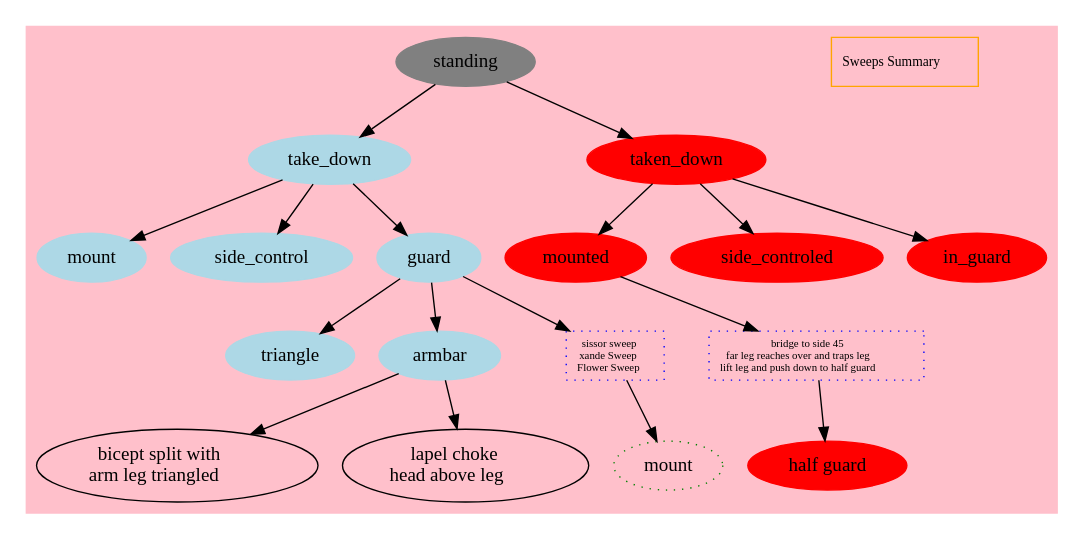
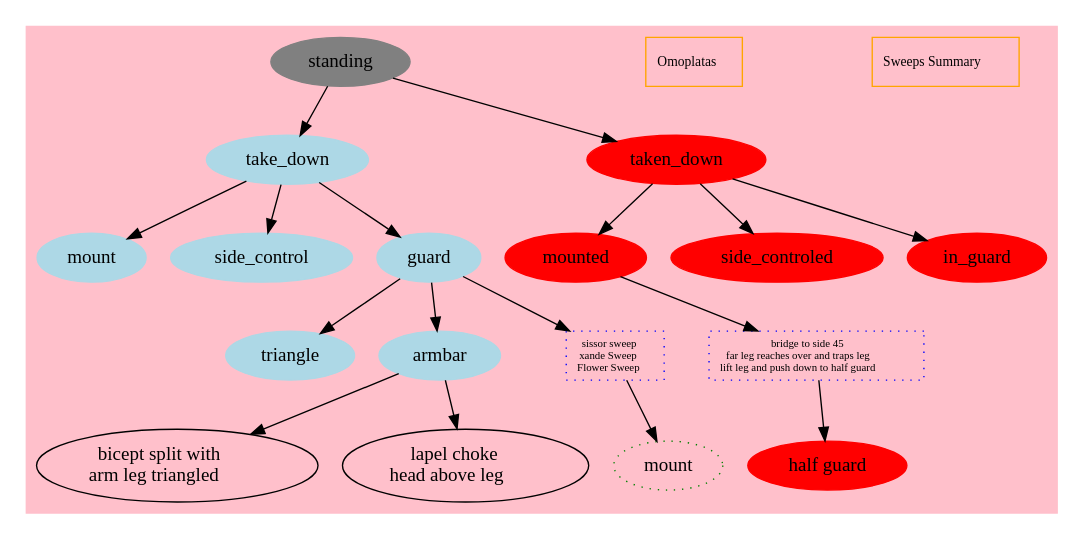
One commit to carltonj2000/jujitsu changed the diagram in jujitsu-moves.dot. Above: the diagram before and after it, drawn with Graphviz. The commit also changed 1 other file, not shown here.

Commit message:
add omoplata

```diff
--- a/jujitsu-moves.dot
+++ b/jujitsu-moves.dot
@@ -1,69 +1,79 @@
 digraph G {
     subgraph cluster0 {
         sweepsummary [
             href="https://www.youtube.com/watch?v=cxc6uoaso7Q", 
             shape=box,
             color=orange,
             fontsize=10, 
             label=< <table border="0" cellspacing="0" cellborder="0" cellpadding="0">
             <tr><td>Sweeps Summary</td></tr>
+            </table> >
+        ];  
+
+        omoplata [
+            href="https://www.youtube.com/watch?v=tfvEGtSCIRI", 
+            shape=box,
+            color=orange,
+            fontsize=10, 
+            label=< <table border="0" cellspacing="0" cellborder="0" cellpadding="0">
+            <tr><td>Omoplatas</td></tr>
             </table> >
         ];  
 
         style=filled;
         color=pink;
         standing [style=filled,color=gray];
         standing -> take_down;
         standing-> taken_down;
         take_down [style=filled,color=lightblue];
         taken_down [style=filled,color=red];
         taken_down -> mounted;
         taken_down -> side_controled;
         taken_down -> in_guard;
         mounted [style=filled,color=red];
         mounted -> halfguardd -> halfguard;
         halfguard [label="half guard",style=filled, color=red];
         halfguardd [
             href="https://www.youtube.com/watch?v=q2OAJF__P2w", 
             shape=box,
             color=blue,
             style=dotted,
             fontsize=8, 
             label=< <table border="0" cellspacing="0" cellborder="0" cellpadding="0">
             <tr><td>bridge to side 45</td></tr>
             <tr><td>far leg reaches over and traps leg</td></tr>
             <tr><td>lift leg and push down to half guard</td></tr>
             </table> >
         ];        
         side_controled [style=filled,color=red];
         in_guard [style=filled,color=red];
         take_down -> mount;
         take_down -> side_control;
         take_down -> guard;
         mount [style=filled,color=lightblue];
         side_control [style=filled,color=lightblue];
         guard [style=filled,color=lightblue];
         guard -> triangle;
         triangle [style=filled,color=lightblue];
         guard -> armbar;
         armbar [style=filled,color=lightblue];
         guard -> sweepSissor -> mounte1;
         sweepSissor [
             href="https://www.youtube.com/watch?v=HHs1ftjayUw", 
             shape=box,
             color=blue,
             style=dotted,
             fontsize=8, 
             label=< <table border="0" cellspacing="0" cellborder="0" cellpadding="0">
             <tr><td>sissor sweep</td></tr>
             <tr><td>xande Sweep</td></tr>
             <tr><td>Flower Sweep</td></tr>
             </table> >
         ];
         mounte1 [style=dotted,color=green, label=mount];
         armbar -> ltr;
         ltr [label=<bicept split with<br/> arm leg triangled>];
         armbar -> choke
         choke [label=<lapel choke<br/> head above leg>];
     }
 }
```
